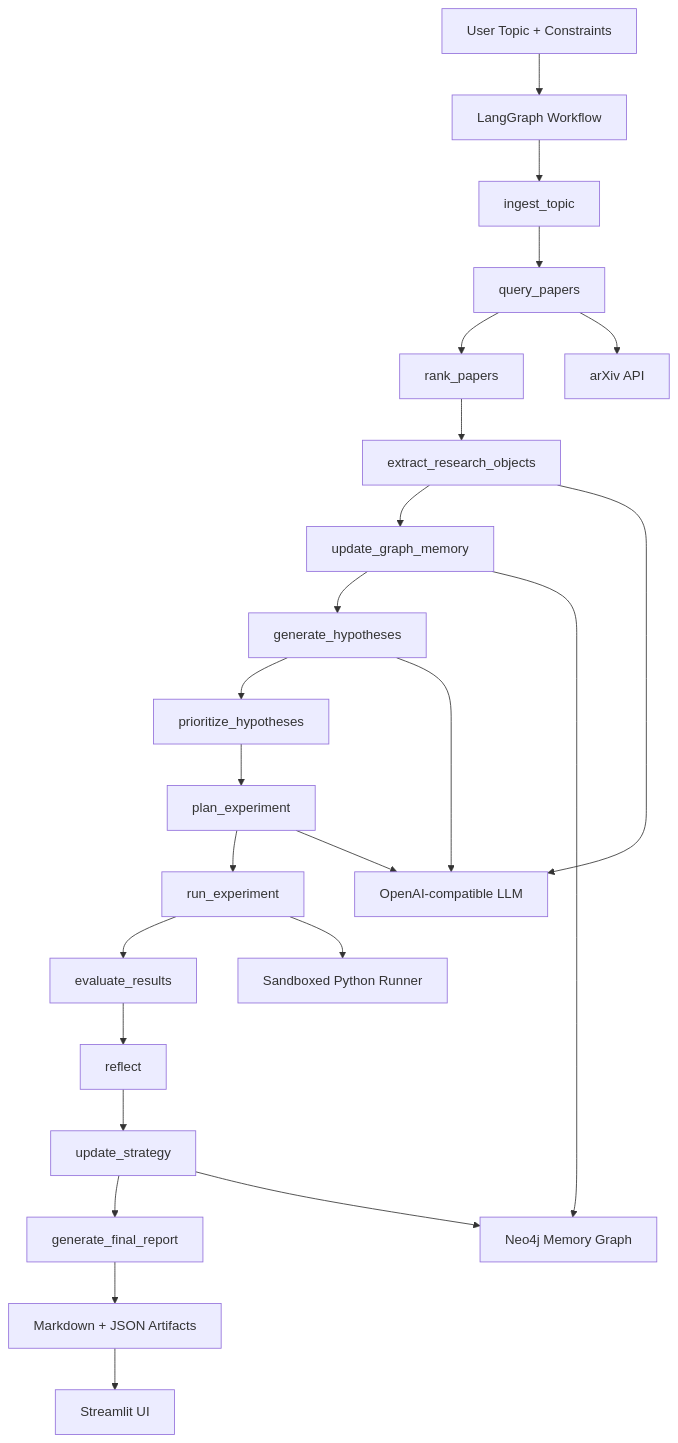
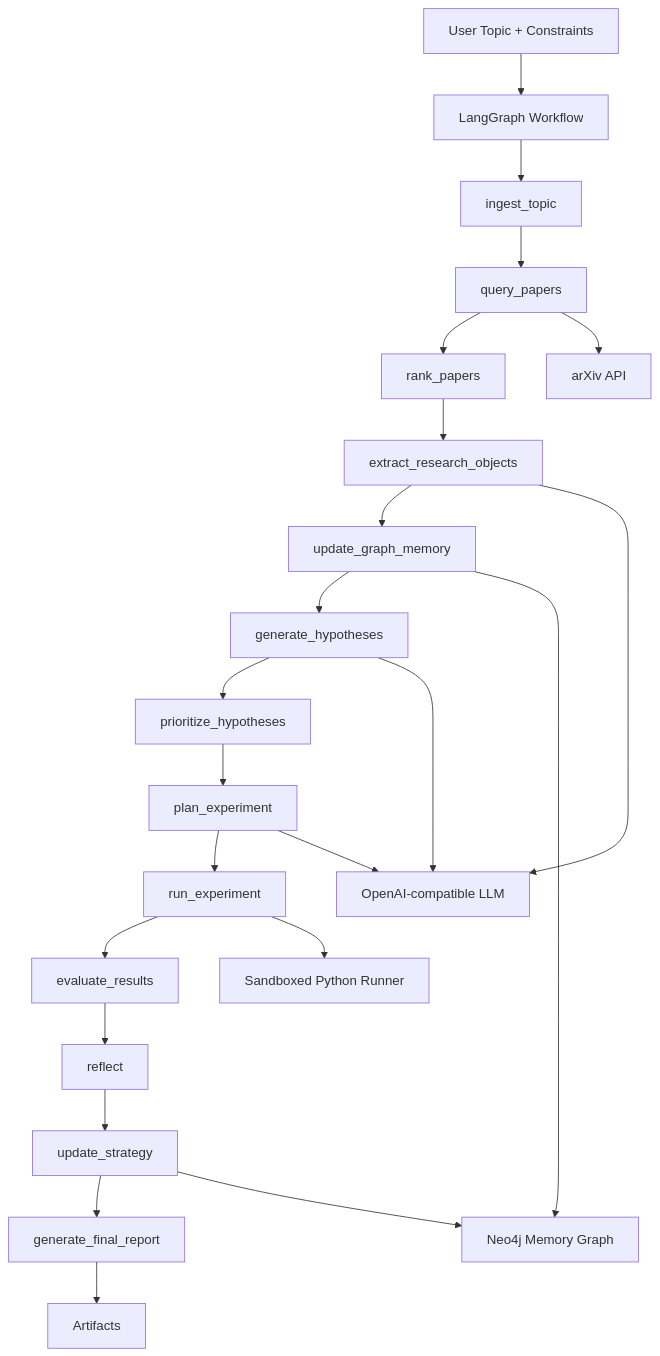
One commit to AhanBhatt/Research-Forge changed the diagram in README.md. Above: the diagram before and after it, drawn with Mermaid. The commit also changed other lines of this file and 4 other files, not shown here.

````diff
--- a/README.md
+++ b/README.md
@@ -31,27 +29,26 @@
 ```mermaid
 flowchart TD
     U[User Topic + Constraints] --> G[LangGraph Workflow]
     G --> N1[ingest_topic]
     N1 --> N2[query_papers]
     N2 --> N3[rank_papers]
     N3 --> N4[extract_research_objects]
     N4 --> N5[update_graph_memory]
     N5 --> N6[generate_hypotheses]
     N6 --> N7[prioritize_hypotheses]
     N7 --> N8[plan_experiment]
     N8 --> N9[run_experiment]
     N9 --> N10[evaluate_results]
     N10 --> N11[reflect]
     N11 --> N12[update_strategy]
     N12 --> N13[generate_final_report]
 
     N2 --> A[arXiv API]
     N4 --> LLM[OpenAI-compatible LLM]
     N6 --> LLM
     N8 --> LLM
     N9 --> R[Sandboxed Python Runner]
     N5 --> M[Neo4j Memory Graph]
     N12 --> M
-    N13 --> O[Markdown + JSON Artifacts]
-    O --> UI[Streamlit UI]
+    N13 --> O[Artifacts]
 ```
````
